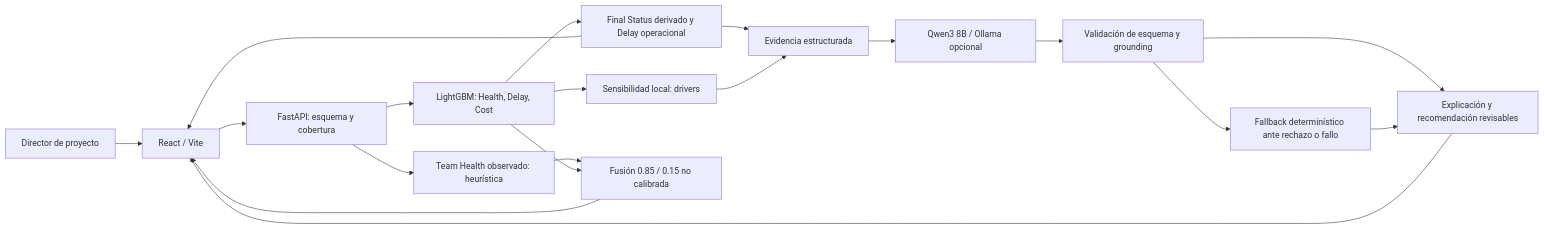
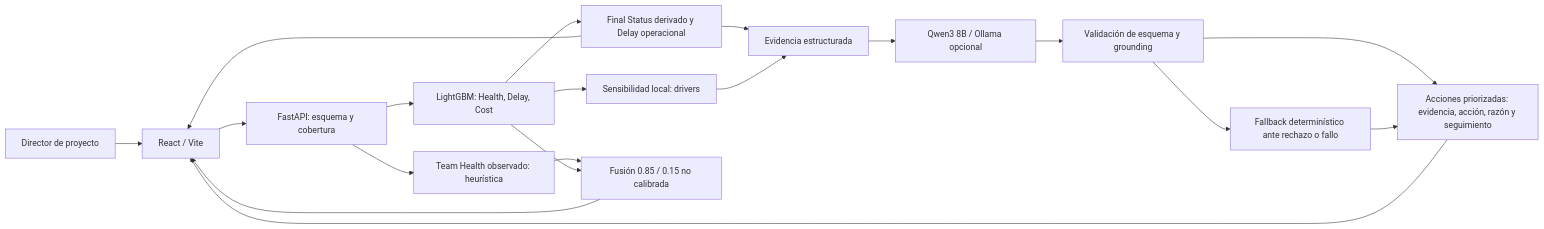
Before and after one commit to heiandavi-boop/tallerfina3: the first of 3 diagrams in docs/architecture.md, drawn with Mermaid. The commit also changed other lines of this file and 23 other files, not shown here.

````diff
--- a/docs/architecture.md
+++ b/docs/architecture.md
@@ -7,21 +7,21 @@
 ```mermaid
 flowchart LR
   U[Director de proyecto] --> R[React / Vite]
   R --> A[FastAPI: esquema y cobertura]
   A --> L[LightGBM: Health, Delay, Cost]
   L --> O[Final Status derivado y Delay operacional]
   A --> T[Team Health observado: heurística]
   L --> D[Sensibilidad local: drivers]
   T --> F[Fusión 0.85 / 0.15 no calibrada]
   L --> F
   O --> E[Evidencia estructurada]
   D --> E
   E --> Q[Qwen3 8B / Ollama opcional]
   Q --> V[Validación de esquema y grounding]
-  V --> X[Explicación y recomendación revisables]
+  V --> X[Acciones priorizadas: evidencia, acción, razón y seguimiento]
   V --> B[Fallback determinístico ante rechazo o fallo]
   B --> X
   O --> R
   F --> R
   X --> R
 ```
````
